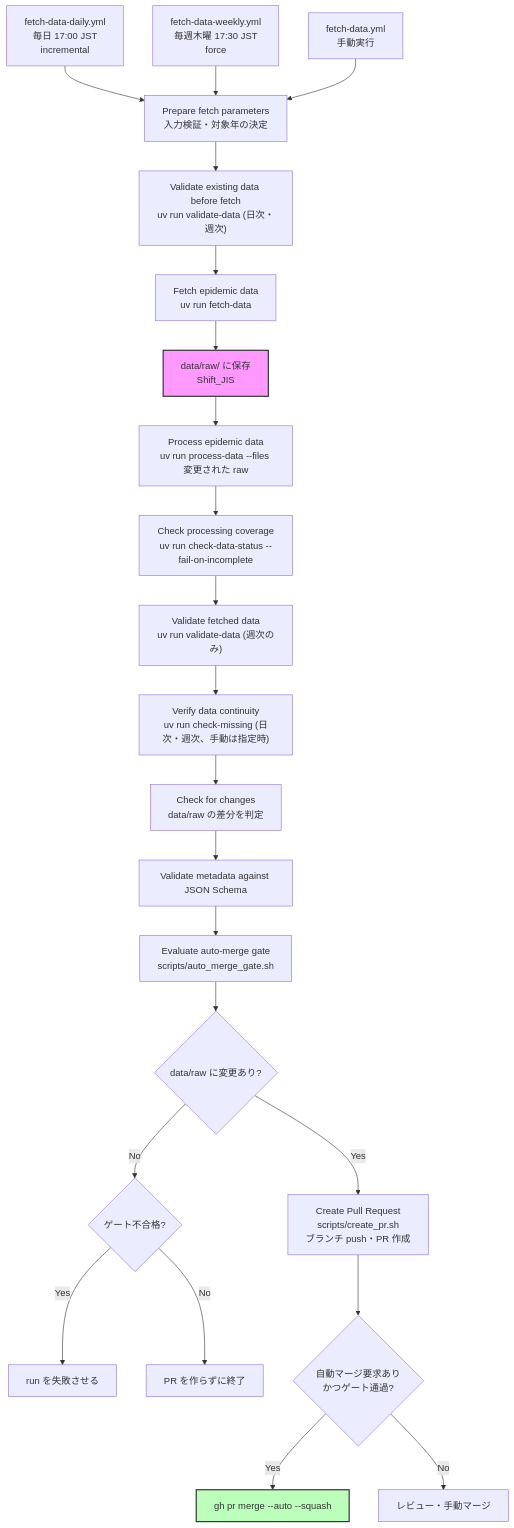
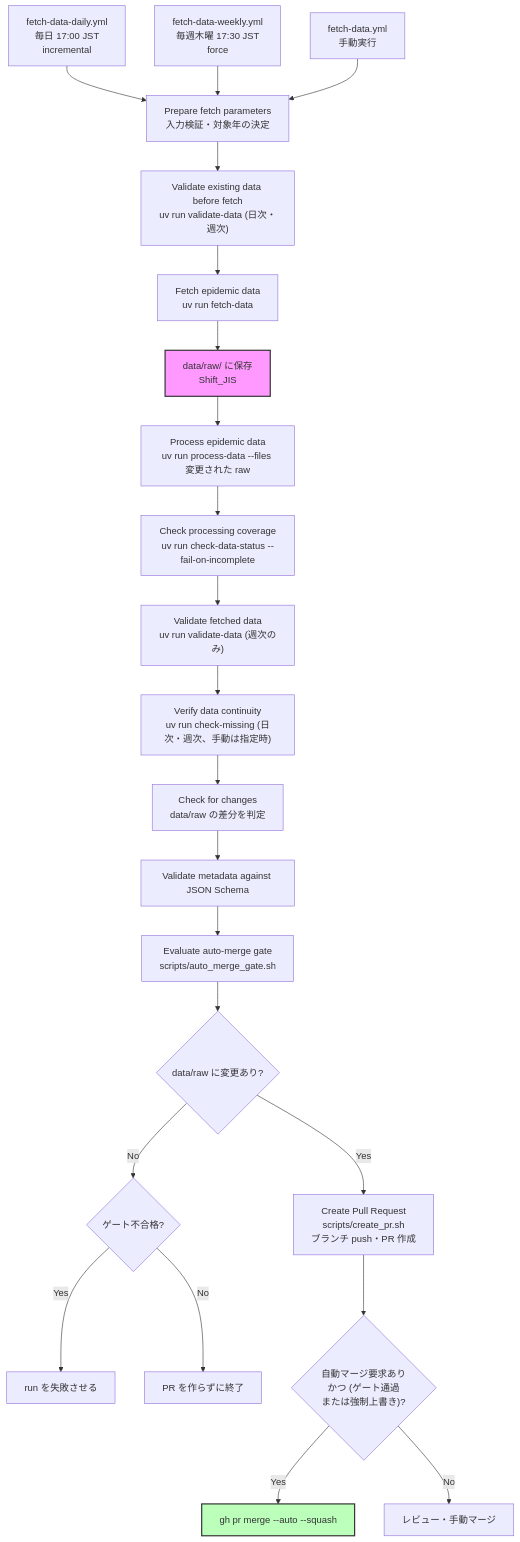
Before and after one commit to kambarakun/fetch-tokyo-idsc-github-actions: the second of 4 diagrams in docs/data_structure_design.md, drawn with Mermaid. The commit also changed other lines of this file and 3 other files, not shown here.

````diff
--- a/docs/data_structure_design.md
+++ b/docs/data_structure_design.md
@@ -258,27 +258,27 @@
 ```mermaid
 flowchart TD
     Daily["fetch-data-daily.yml<br/>毎日 17:00 JST<br/>incremental"] --> Params
     Weekly["fetch-data-weekly.yml<br/>毎週木曜 17:30 JST<br/>force"] --> Params
     Manual["fetch-data.yml<br/>手動実行"] --> Params
     Params["Prepare fetch parameters<br/>入力検証・対象年の決定"] --> ValBefore["Validate existing data before fetch<br/>uv run validate-data (日次・週次)"]
     ValBefore --> Fetch["Fetch epidemic data<br/>uv run fetch-data"]
     Fetch --> SaveRaw["data/raw/ に保存<br/>Shift_JIS"]
     SaveRaw --> Process["Process epidemic data<br/>uv run process-data --files 変更された raw"]
     Process --> Coverage["Check processing coverage<br/>uv run check-data-status --fail-on-incomplete"]
     Coverage --> ValAfter["Validate fetched data<br/>uv run validate-data (週次のみ)"]
     ValAfter --> Continuity["Verify data continuity<br/>uv run check-missing (日次・週次、手動は指定時)"]
     Continuity --> Changes["Check for changes<br/>data/raw の差分を判定"]
     Changes --> Schema["Validate metadata against JSON Schema"]
     Schema --> Gate["Evaluate auto-merge gate<br/>scripts/auto_merge_gate.sh"]
     Gate --> HasChanges{"data/raw に変更あり?"}
     HasChanges -->|Yes| CreatePR["Create Pull Request<br/>scripts/create_pr.sh<br/>ブランチ push・PR 作成"]
     HasChanges -->|No| Blocked{"ゲート不合格?"}
     Blocked -->|Yes| FailRun["run を失敗させる"]
     Blocked -->|No| NoPR["PR を作らずに終了"]
-    CreatePR --> Merge{"自動マージ要求あり<br/>かつゲート通過?"}
+    CreatePR --> Merge{"自動マージ要求あり<br/>かつ (ゲート通過<br/>または強制上書き)?"}
     Merge -->|Yes| AutoMerge["gh pr merge --auto --squash"]
     Merge -->|No| Review["レビュー・手動マージ"]
 
     style SaveRaw fill:#f9f,stroke:#333,stroke-width:2px
     style AutoMerge fill:#bfb,stroke:#333,stroke-width:2px
 ```
````
